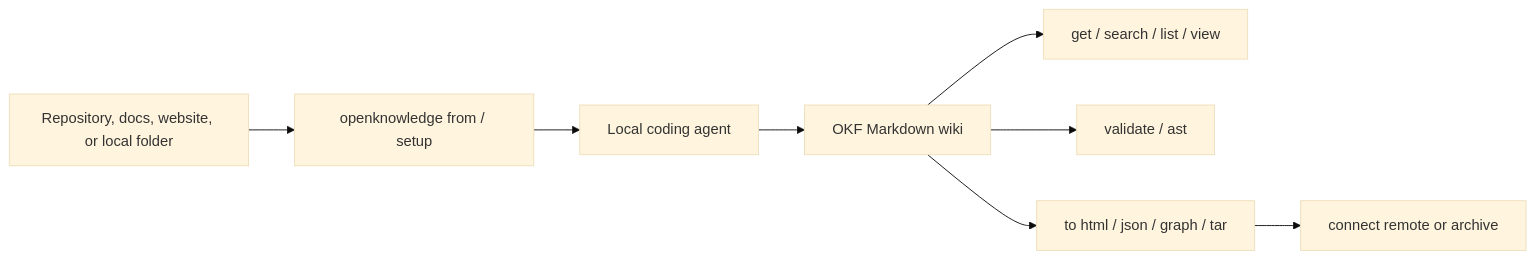
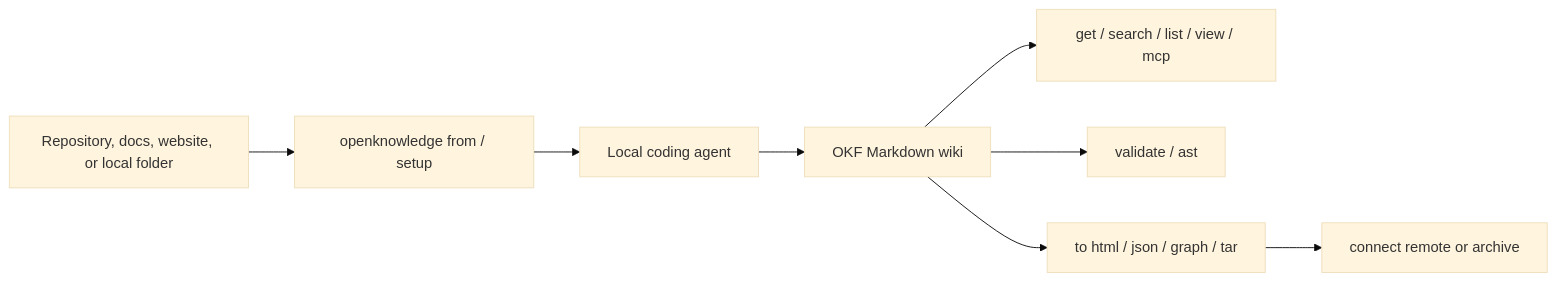
The diagram in README.md (openknowledge-sh/openknowledge), drawn with Mermaid (base theme) before and after one commit. The commit also changed other lines of this file and 10 other files, not shown here.

````diff
--- a/README.md
+++ b/README.md
@@ -71,10 +72,10 @@
 ```mermaid
 flowchart LR
   Source["Repository, docs, website, or local folder"] --> Prompt["openknowledge from / setup"]
   Prompt --> Agent["Local coding agent"]
   Agent --> Wiki["OKF Markdown wiki"]
-  Wiki --> Use["get / search / list / view"]
+  Wiki --> Use["get / search / list / view / mcp"]
   Wiki --> Check["validate / ast"]
   Wiki --> Publish["to html / json / graph / tar"]
   Publish --> Connect["connect remote or archive"]
 ```
````
